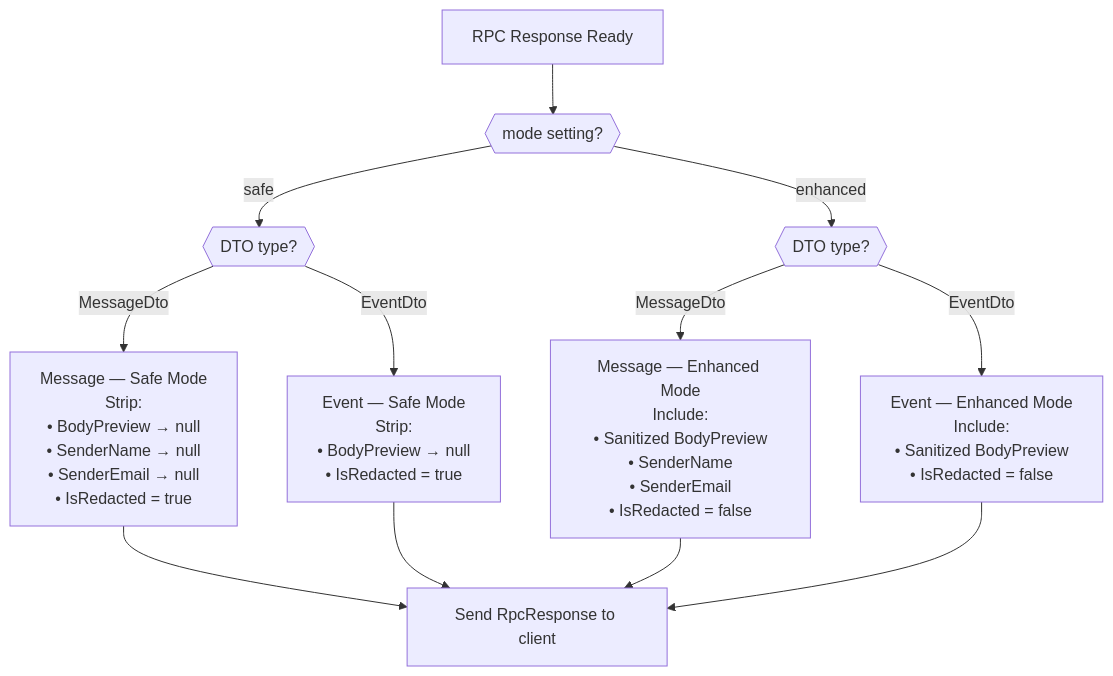
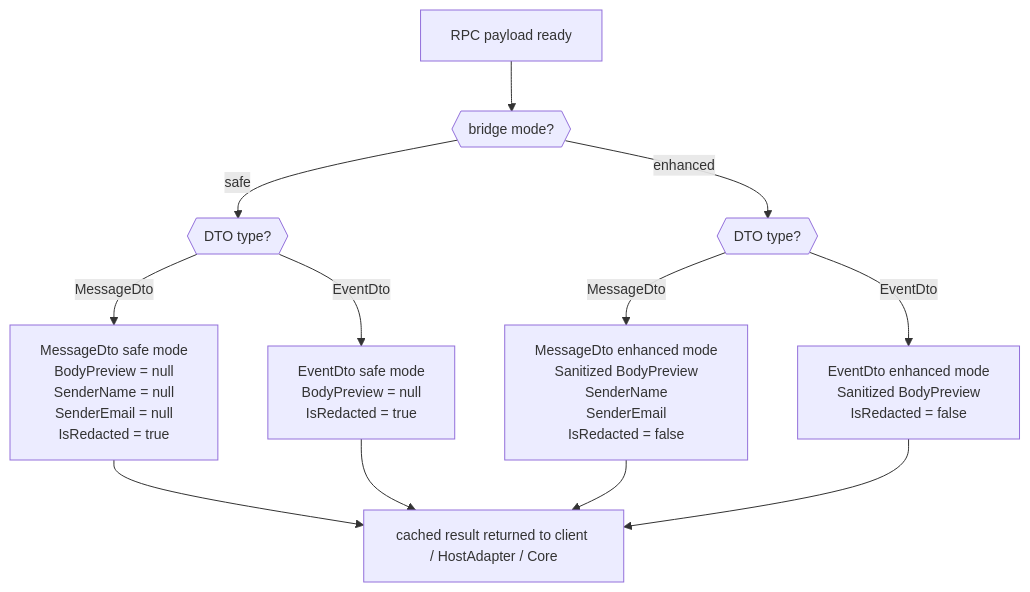
The eighth of 12 diagrams in docs/architecture-diagrams.md (drmoisan/open-claw-bridge), drawn with Mermaid before and after one commit. The commit also changed other lines of this file and 3 other files, not shown here.

````diff
--- a/docs/architecture-diagrams.md
+++ b/docs/architecture-diagrams.md
@@ -227,25 +305,26 @@
 ```mermaid
+%%{init: {"themeVariables": {"fontSize": "14px"}}}%%
 flowchart TD
-    REQ["RPC Response Ready"]
-    MODE{{"mode setting?"}}
+    REQ["RPC payload ready"]
+    MODE{{"bridge mode?"}}
     TYPE{{"DTO type?"}}
     TYPE2{{"DTO type?"}}
 
-    SAFE_MSG["Message — Safe Mode<br/>Strip:<br/>• BodyPreview → null<br/>• SenderName → null<br/>• SenderEmail → null<br/>• IsRedacted = true"]
-    SAFE_EVT["Event — Safe Mode<br/>Strip:<br/>• BodyPreview → null<br/>• IsRedacted = true"]
-    ENH_MSG["Message — Enhanced Mode<br/>Include:<br/>• Sanitized BodyPreview<br/>• SenderName<br/>• SenderEmail<br/>• IsRedacted = false"]
-    ENH_EVT["Event — Enhanced Mode<br/>Include:<br/>• Sanitized BodyPreview<br/>• IsRedacted = false"]
-    OUT["Send RpcResponse to client"]
+    SAFE_MSG["MessageDto safe mode<br/>BodyPreview = null<br/>SenderName = null<br/>SenderEmail = null<br/>IsRedacted = true"]
+    SAFE_EVT["EventDto safe mode<br/>BodyPreview = null<br/>IsRedacted = true"]
+    ENH_MSG["MessageDto enhanced mode<br/>Sanitized BodyPreview<br/>SenderName<br/>SenderEmail<br/>IsRedacted = false"]
+    ENH_EVT["EventDto enhanced mode<br/>Sanitized BodyPreview<br/>IsRedacted = false"]
+    OUT["cached result returned to client / HostAdapter / Core"]
 
     REQ --> MODE
     MODE -- "safe" --> TYPE
     MODE -- "enhanced" --> TYPE2
     TYPE -- "MessageDto" --> SAFE_MSG
     TYPE -- "EventDto" --> SAFE_EVT
     TYPE2 -- "MessageDto" --> ENH_MSG
     TYPE2 -- "EventDto" --> ENH_EVT
     SAFE_MSG --> OUT
     SAFE_EVT --> OUT
     ENH_MSG --> OUT
     ENH_EVT --> OUT
 ```
````
